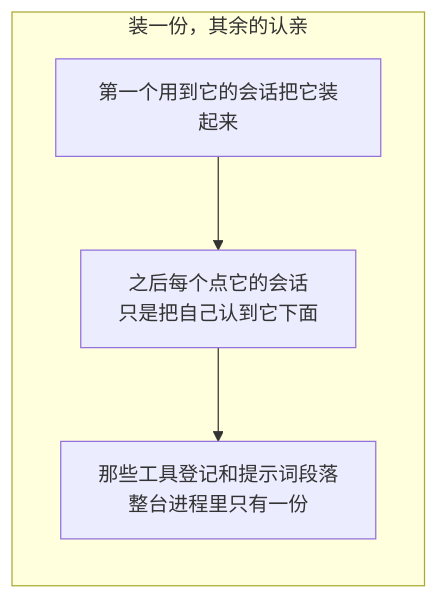
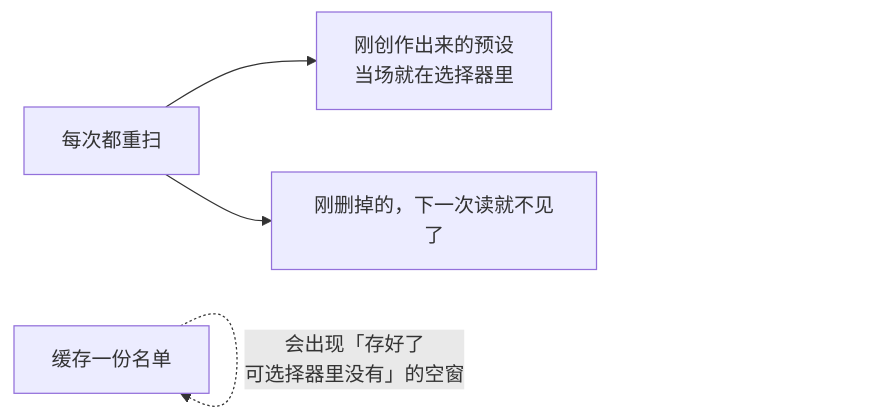
Before and after one commit to snight1983/ds-harness-go: the fifth of 25 diagrams in docs/modules/presets.md, drawn with Mermaid. The commit also changed other lines of this file and 25 other files, not shown here.

````diff
--- a/docs/modules/presets.md
+++ b/docs/modules/presets.md
@@ -75,7 +126,6 @@
 ```mermaid
 flowchart LR
-    subgraph GOOD["装一份，其余的认亲"]
-        B1["第一个用到它的会话把它装起来"] --> B2["之后每个点它的会话<br/>只是把自己认到它下面"]
-        B2 --> B3["那些工具登记和提示词段落<br/>整台进程里只有一份"]
-    end
+    A["每次都重扫"] --> B["刚创作出来的预设<br/>当场就在选择器里"]
+    A --> C["刚删掉的，下一次读就不见了"]
+    D["缓存一份名单"] -.->|"会出现「存好了<br/>可选择器里没有」的空窗"| D
 ```
````
